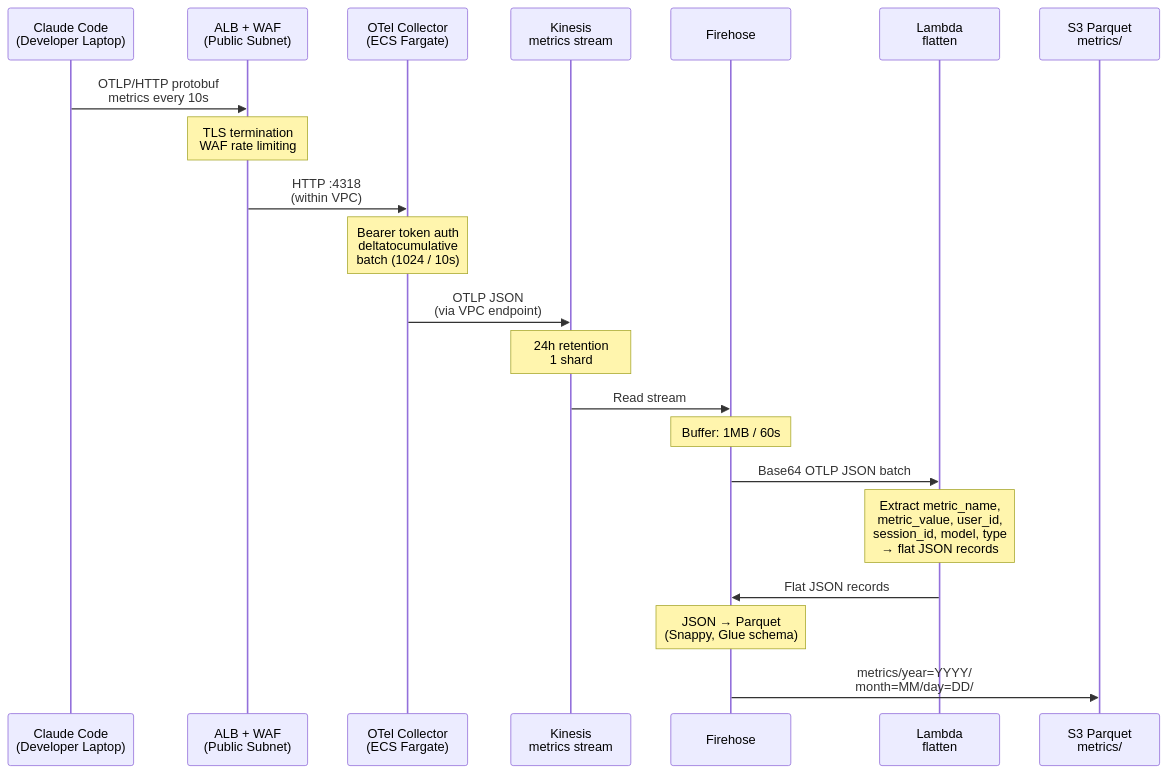
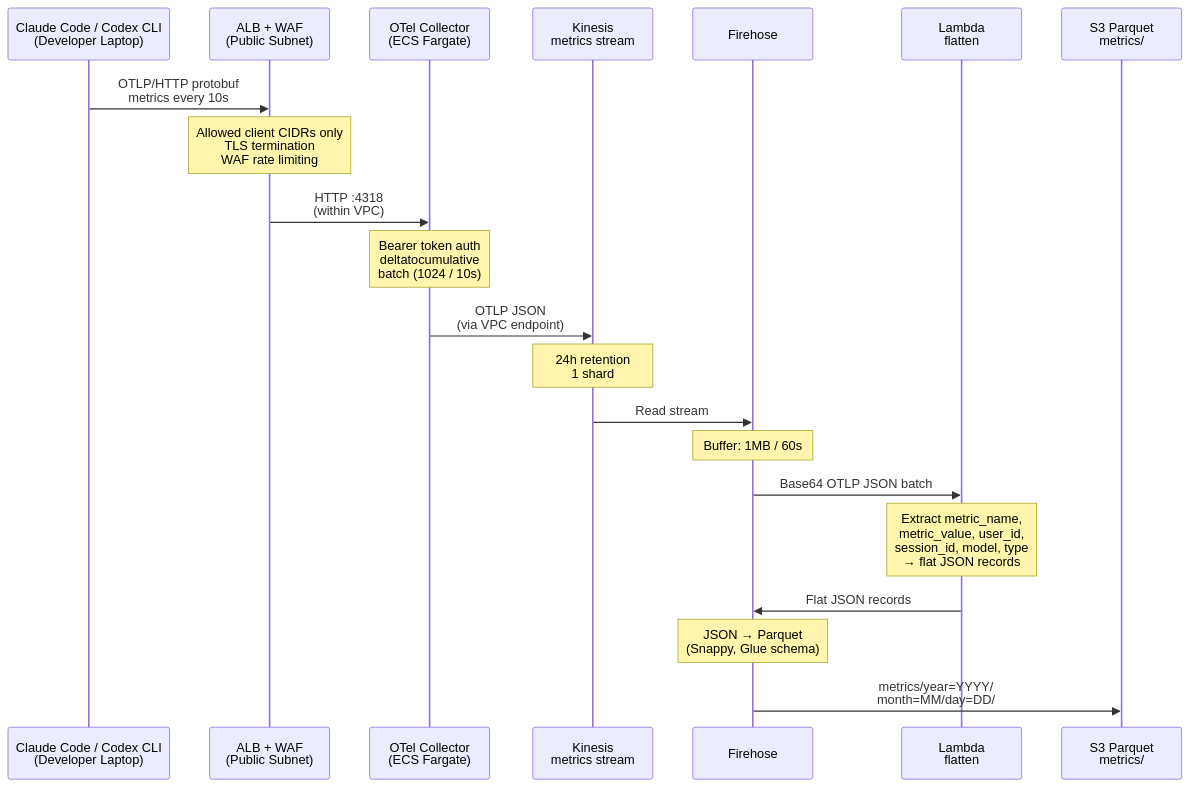
Before and after one commit to aws-samples/sample-serverless-observability-for-ai-coding-assistants: the first of 5 diagrams in docs/data-flow.md, drawn with Mermaid. The commit also changed other lines of this file and 17 other files, not shown here.

````diff
--- a/docs/data-flow.md
+++ b/docs/data-flow.md
@@ -5,24 +5,24 @@
 ```mermaid
 sequenceDiagram
-    participant Dev as Claude Code<br/>(Developer Laptop)
+    participant Dev as Claude Code / Codex CLI<br/>(Developer Laptop)
     participant ALB as ALB + WAF<br/>(Public Subnet)
     participant Col as OTel Collector<br/>(ECS Fargate)
     participant KM as Kinesis<br/>metrics stream
     participant FH as Firehose
     participant Lam as Lambda<br/>flatten
     participant S3 as S3 Parquet<br/>metrics/
 
     Dev->>ALB: OTLP/HTTP protobuf<br/>metrics every 10s
-    Note over ALB: TLS termination<br/>WAF rate limiting
+    Note over ALB: Allowed client CIDRs only<br/>TLS termination<br/>WAF rate limiting
     ALB->>Col: HTTP :4318<br/>(within VPC)
     Note over Col: Bearer token auth<br/>deltatocumulative<br/>batch (1024 / 10s)
     Col->>KM: OTLP JSON<br/>(via VPC endpoint)
     Note over KM: 24h retention<br/>1 shard
     KM->>FH: Read stream
     Note over FH: Buffer: 1MB / 60s
     FH->>Lam: Base64 OTLP JSON batch
     Note over Lam: Extract metric_name,<br/>metric_value, user_id,<br/>session_id, model, type<br/>→ flat JSON records
     Lam->>FH: Flat JSON records
     Note over FH: JSON → Parquet<br/>(Snappy, Glue schema)
     FH->>S3: metrics/year=YYYY/<br/>month=MM/day=DD/
 ```
````
